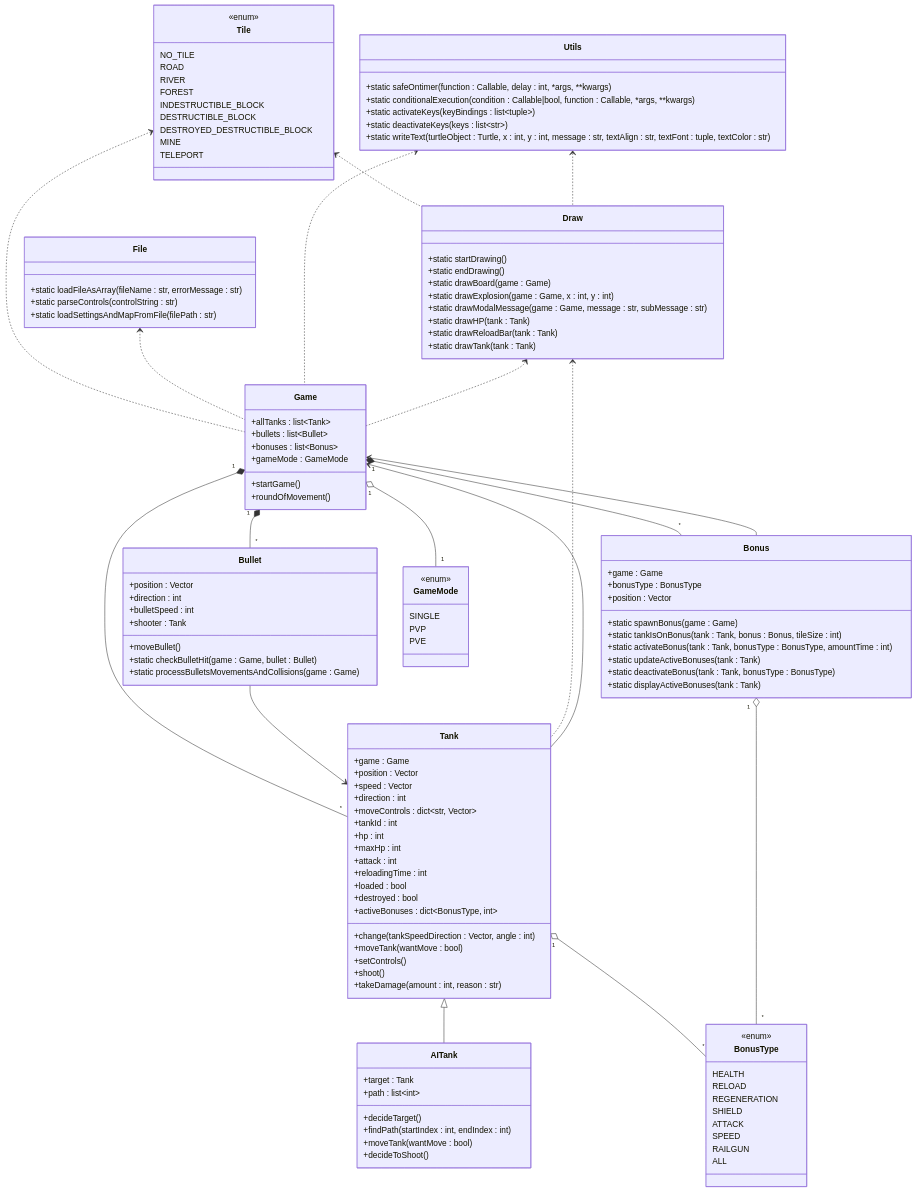
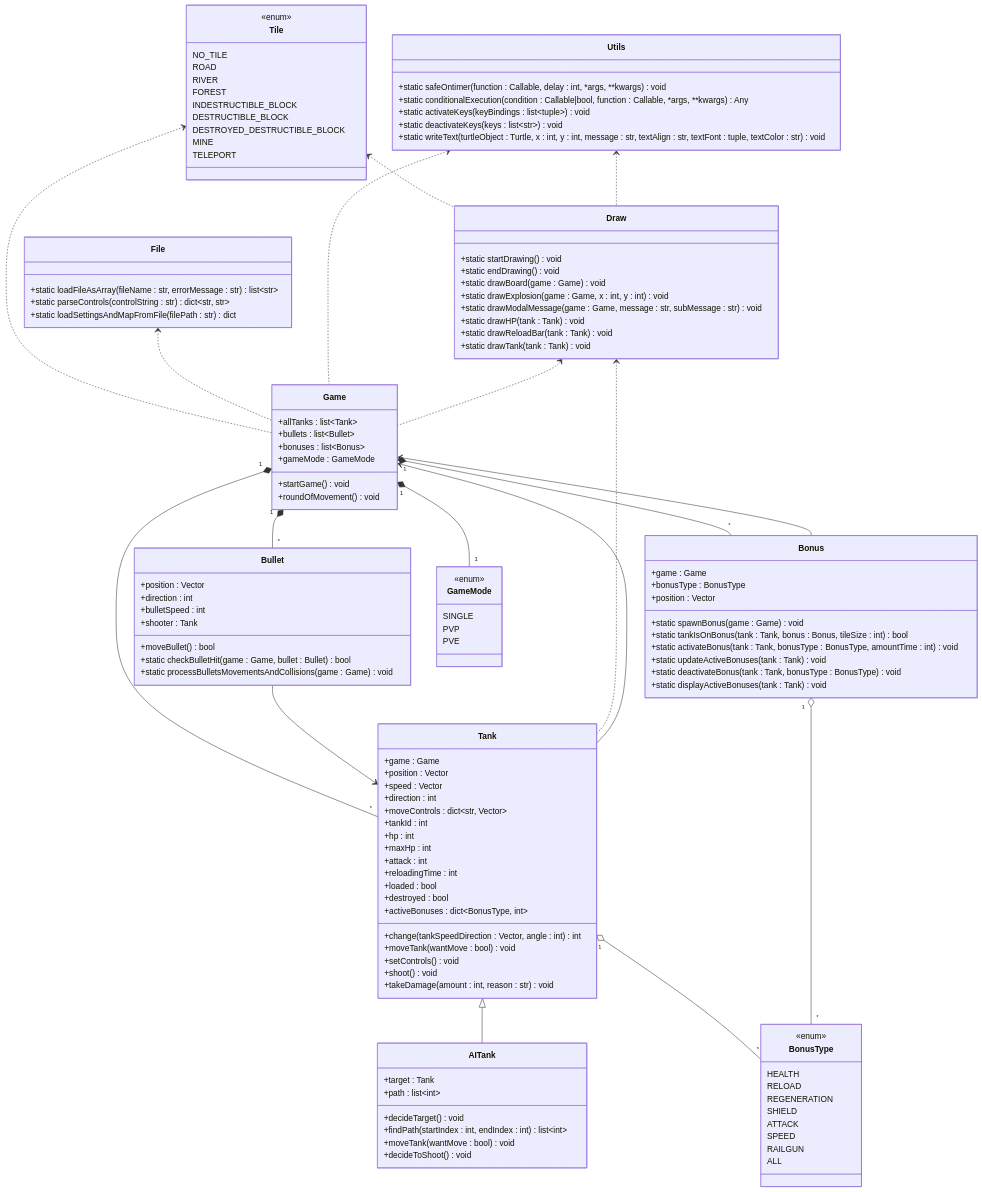
The second of 3 diagrams in src/freegames/tanksGame/README.md (rzymski/TanksBattleGame), drawn with Mermaid before and after one commit. The commit also changed other lines of this file and 7 other files, not shown here.

```diff
--- a/src/freegames/tanksGame/README.md
+++ b/src/freegames/tanksGame/README.md
@@ -247,8 +248,8 @@
         +bullets : list~Bullet~
         +bonuses : list~Bonus~
         +gameMode : GameMode
-        +startGame()
-        +roundOfMovement()
+        +startGame() void
+        +roundOfMovement() void
     }
 
     class Tank {
@@ -265,20 +266,20 @@
         +loaded : bool
         +destroyed : bool
         +activeBonuses : dict~BonusType, int~
-        +change(tankSpeedDirection : Vector, angle : int)
-        +moveTank(wantMove : bool)
-        +setControls()
-        +shoot()
-        +takeDamage(amount : int, reason : str)
+        +change(tankSpeedDirection : Vector, angle : int) int
+        +moveTank(wantMove : bool) void
+        +setControls() void
+        +shoot() void
+        +takeDamage(amount : int, reason : str) void
     }
 
     class AITank {
         +target : Tank
         +path : list~int~
-        +decideTarget()
-        +findPath(startIndex : int, endIndex : int)
-        +moveTank(wantMove : bool)
-        +decideToShoot()
+        +decideTarget() void
+        +findPath(startIndex : int, endIndex : int) list~int~
+        +moveTank(wantMove : bool) void
+        +decideToShoot() void
     }
 
     class Bullet {
@@ -286,46 +287,46 @@
         +direction : int
         +bulletSpeed : int
         +shooter : Tank
-        +moveBullet()
-        +static checkBulletHit(game : Game, bullet : Bullet)
-        +static processBulletsMovementsAndCollisions(game : Game)
+        +moveBullet() bool
+        +static checkBulletHit(game : Game, bullet : Bullet) bool
+        +static processBulletsMovementsAndCollisions(game : Game) void
     }
 
     class Bonus {
         +game : Game
         +bonusType : BonusType
         +position : Vector
-        +static spawnBonus(game : Game)
-        +static tankIsOnBonus(tank : Tank, bonus : Bonus, tileSize : int)
-        +static activateBonus(tank : Tank, bonusType : BonusType, amountTime : int)
-        +static updateActiveBonuses(tank : Tank)
-        +static deactivateBonus(tank : Tank, bonusType : BonusType)
-        +static displayActiveBonuses(tank : Tank)
+        +static spawnBonus(game : Game) void
+        +static tankIsOnBonus(tank : Tank, bonus : Bonus, tileSize : int) bool
+        +static activateBonus(tank : Tank, bonusType : BonusType, amountTime : int) void
+        +static updateActiveBonuses(tank : Tank) void
+        +static deactivateBonus(tank : Tank, bonusType : BonusType) void
+        +static displayActiveBonuses(tank : Tank) void
     }
 
     class Draw {
-        +static startDrawing()
-        +static endDrawing()
-        +static drawBoard(game : Game)
-        +static drawExplosion(game : Game, x : int, y : int)
-        +static drawModalMessage(game : Game, message : str, subMessage : str)
-        +static drawHP(tank : Tank)
-        +static drawReloadBar(tank : Tank)
-        +static drawTank(tank : Tank)
+        +static startDrawing() void
+        +static endDrawing() void
+        +static drawBoard(game : Game) void
+        +static drawExplosion(game : Game, x : int, y : int) void
+        +static drawModalMessage(game : Game, message : str, subMessage : str) void
+        +static drawHP(tank : Tank) void
+        +static drawReloadBar(tank : Tank) void
+        +static drawTank(tank : Tank) void
     }
 
     class File {
-        +static loadFileAsArray(fileName : str, errorMessage : str)
-        +static parseControls(controlString : str)
-        +static loadSettingsAndMapFromFile(filePath : str)
+        +static loadFileAsArray(fileName : str, errorMessage : str) list~str~
+        +static parseControls(controlString : str) dict~str, str~
+        +static loadSettingsAndMapFromFile(filePath : str) dict
     }
     
     class Utils {
-        +static safeOntimer(function : Callable, delay : int, *args, **kwargs)
-        +static conditionalExecution(condition : Callable|bool, function : Callable, *args, **kwargs)
-        +static activateKeys(keyBindings : list~tuple~)
-        +static deactivateKeys(keys : list~str~)
-        +static writeText(turtleObject : Turtle, x : int, y : int, message : str, textAlign : str, textFont : tuple, textColor : str)
+        +static safeOntimer(function : Callable, delay : int, *args, **kwargs) void
+        +static conditionalExecution(condition : Callable|bool, function : Callable, *args, **kwargs) Any
+        +static activateKeys(keyBindings : list~tuple~) void
+        +static deactivateKeys(keys : list~str~) void
+        +static writeText(turtleObject : Turtle, x : int, y : int, message : str, textAlign : str, textFont : tuple, textColor : str) void
     }
 
     class GameMode {
@@ -364,7 +365,7 @@
 	Game "1" *-- "*" Tank
     Game "1" *-- "*" Bullet
     Game "1" *-- "*" Bonus
-    Game "1" o-- "1" GameMode
+    Game "1" *-- "1" GameMode
     Tank --> Game
     Tank <|-- AITank
     Tank "1" o-- "*" BonusType
```
